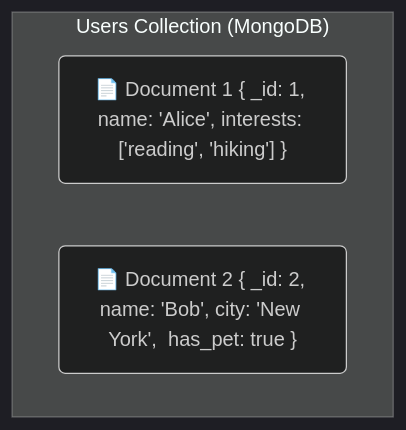
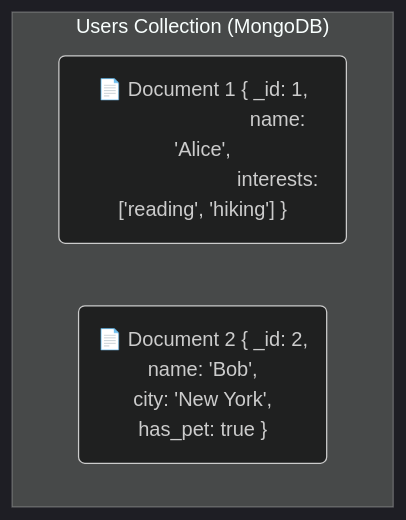
Before and after one commit to rcpsolutions-net/markdown-docs: the second of 4 diagrams in database-macro-types.md, drawn with Mermaid (dark theme). The commit also changed other lines of this file, not shown here.

````diff
--- a/database-macro-types.md
+++ b/database-macro-types.md
@@ -57,7 +57,12 @@
 ```mermaid
 graph TD
     subgraph "Users Collection (MongoDB)"
-        doc1("📄 Document 1 { _id: 1, name: 'Alice', interests: ['reading', 'hiking'] }")
-        doc2("📄 Document 2 { _id: 2, name: 'Bob', city: 'New York',  has_pet: true }")
+        doc1("📄 Document 1 { _id: 1,
+                            name: 'Alice',
+                            interests: ['reading', 'hiking'] }")
+        doc2("📄 Document 2 { _id: 2,
+                            name: 'Bob',
+                            city: 'New York',
+                            has_pet: true }")
     end
 ```
````
